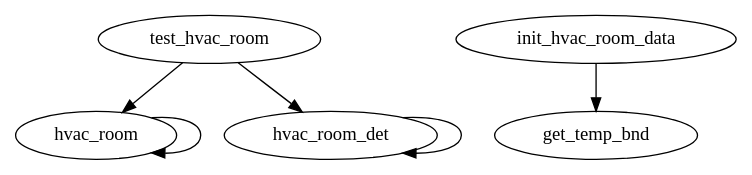
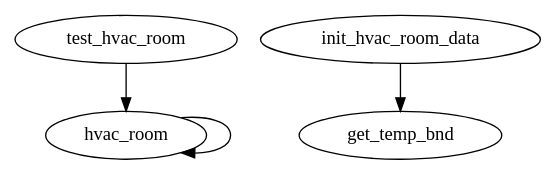
Before and after one commit to BluSTL/BluSTL: the diagram in doc/examples/hvac_room/graph.dot, drawn with Graphviz. The commit also changed 68 other files, not shown here.

```diff
--- a/doc/examples/hvac_room/graph.dot
+++ b/doc/examples/hvac_room/graph.dot
@@ -1,14 +1,11 @@
 /* Created by mdot for Matlab */
 digraph m2html {
   hvac_room -> hvac_room;
-  hvac_room_det -> hvac_room_det;
   init_hvac_room_data -> get_temp_bnd;
   test_hvac_room -> hvac_room;
-  test_hvac_room -> hvac_room_det;
 
   get_temp_bnd [URL="get_temp_bnd.html"];
   hvac_room [URL="hvac_room.html"];
-  hvac_room_det [URL="hvac_room_det.html"];
   init_hvac_room_data [URL="init_hvac_room_data.html"];
   test_hvac_room [URL="test_hvac_room.html"];
 }
```
